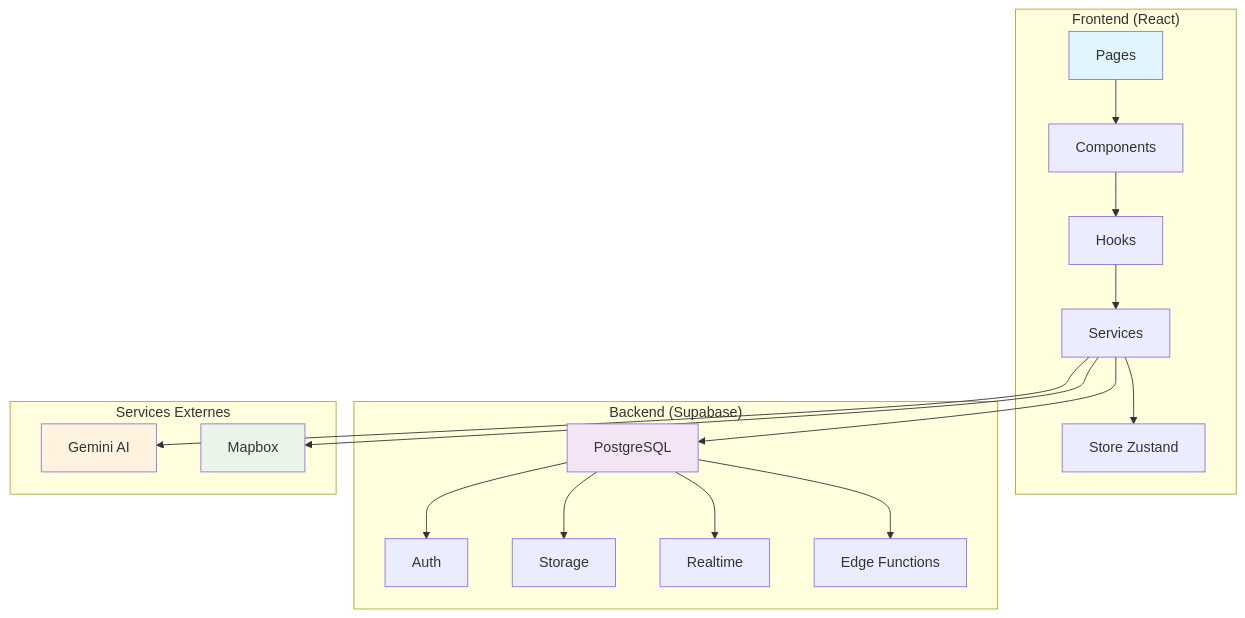
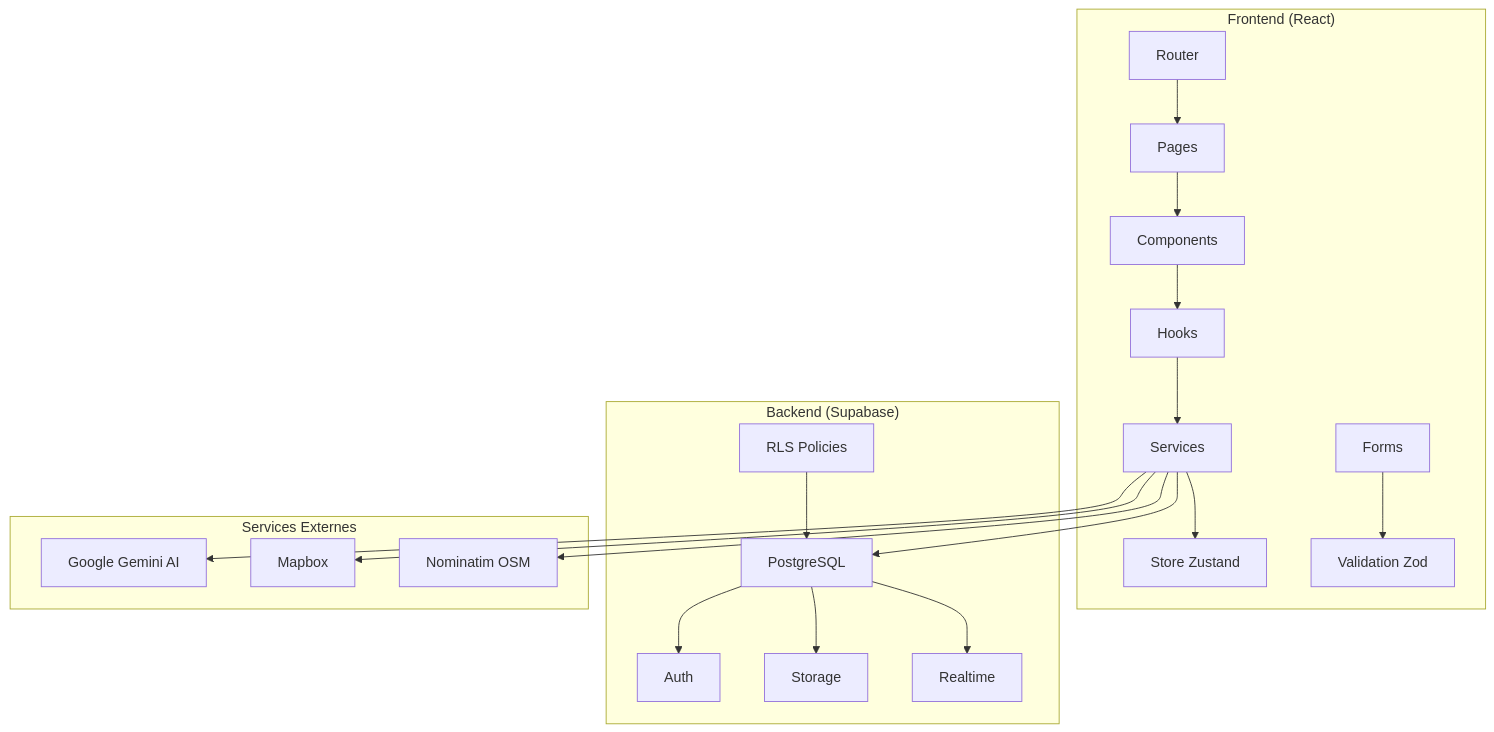
The diagram in docs/ARCHITECTURE.md (moonback/Echangeo-officiel), drawn with Mermaid before and after one commit. The commit also changed other lines of this file and 4 other files, not shown here.

First line of the commit message:
Refactor README, API documentation, and database schema for clarity and completeness

````diff
--- a/docs/ARCHITECTURE.md
+++ b/docs/ARCHITECTURE.md
@@ -9,30 +9,29 @@
 ```mermaid
 graph TB
     subgraph "Frontend (React)"
         A[Pages] --> B[Components]
         B --> C[Hooks]
         C --> D[Services]
         D --> E[Store Zustand]
+        F[Router] --> A
+        G[Forms] --> H[Validation Zod]
     end
     
     subgraph "Backend (Supabase)"
-        F[PostgreSQL] --> G[Auth]
-        F --> H[Storage]
-        F --> I[Realtime]
-        F --> J[Edge Functions]
+        I[PostgreSQL] --> J[Auth]
+        I --> K[Storage]
+        I --> L[Realtime]
+        M[RLS Policies] --> I
     end
     
     subgraph "Services Externes"
-        K[Gemini AI]
-        L[Mapbox]
+        N[Google Gemini AI]
+        O[Mapbox]
+        P[Nominatim OSM]
     end
     
-    D --> F
-    D --> K
-    D --> L
-    
-    style A fill:#e1f5fe
-    style F fill:#f3e5f5
-    style K fill:#fff3e0
-    style L fill:#e8f5e8
+    D --> I
+    D --> N
+    D --> O
+    D --> P
 ```
````
